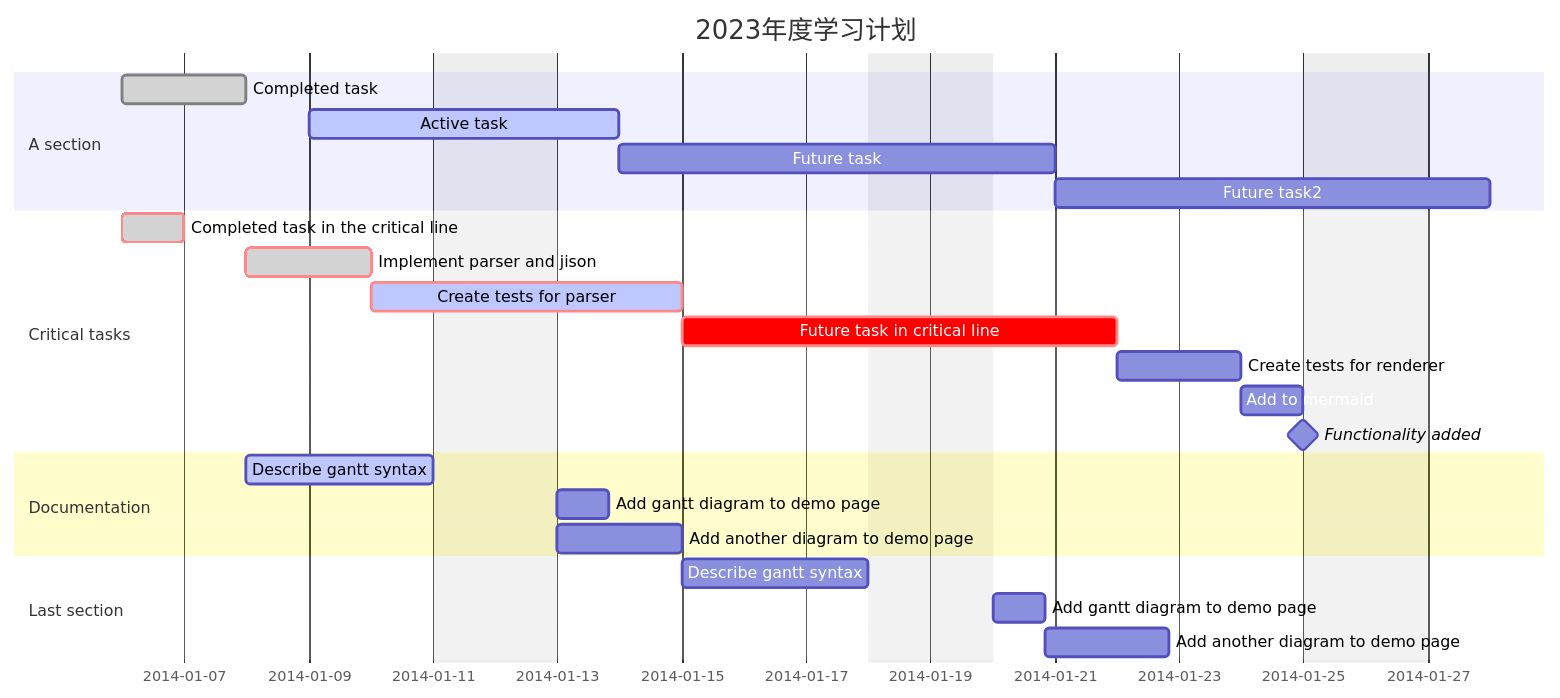
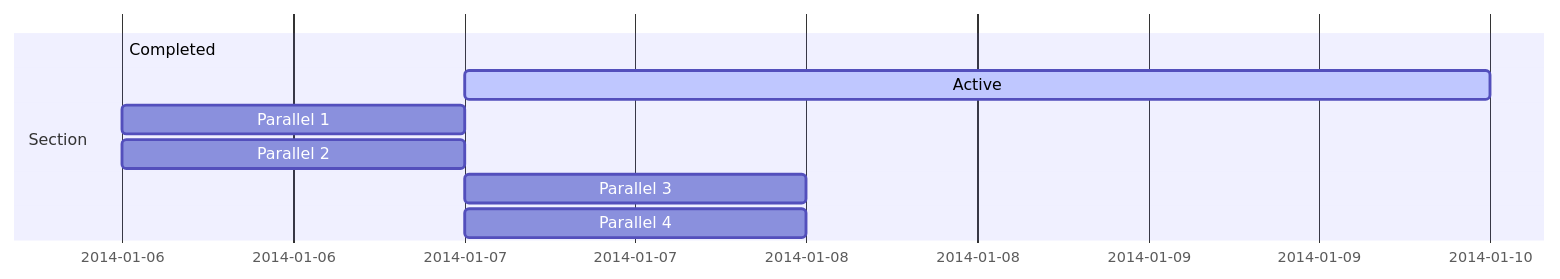
Before and after one commit to ilikui/NotesBook: the diagram in src/计划管理/001TODO.md, drawn with Mermaid. The commit also changed 4 other files, not shown here.

```diff
--- a/src/计划管理/001TODO.md
+++ b/src/计划管理/001TODO.md
@@ -16,32 +16,10 @@
     <div  class="mermaid">
-        gantt
-            dateFormat  YYYY-MM-DD
-            title       2023年度学习计划
-            excludes    weekends
-            %% (`excludes` accepts specific dates in YYYY-MM-DD format, days of the week ("sunday") or "weekends", but not the word "weekdays".)
-
-            section A section
-            Completed task            :done,    des1, 2014-01-06,2014-01-08
-            Active task               :active,  des2, 2014-01-09, 3d
-            Future task               :         des3, after des2, 5d
-            Future task2              :         des4, after des3, 5d
-
-            section Critical tasks
-            Completed task in the critical line :crit, done, 2014-01-06,24h
-            Implement parser and jison          :crit, done, after des1, 2d
-            Create tests for parser             :crit, active, 3d
-            Future task in critical line        :crit, 5d
-            Create tests for renderer           :2d
-            Add to mermaid                      :1d
-            Functionality added                 :milestone, 2014-01-25, 0d
-
-            section Documentation
-            Describe gantt syntax               :active, a1, after des1, 3d
-            Add gantt diagram to demo page      :after a1  , 20h
-            Add another diagram to demo page    :doc1, after a1  , 48h
-
-            section Last section
-            Describe gantt syntax               :after doc1, 3d
-            Add gantt diagram to demo page      :20h
-            Add another diagram to demo page    :48h
+      gantt
+          section Section
+          Completed :done,    des1, 2014-01-06,2014-01-08
+          Active        :active,  des2, 2014-01-07, 3d
+          Parallel 1   :         des3, after des1, 1d
+          Parallel 2   :         des4, after des1, 1d
+          Parallel 3   :         des5, after des3, 1d
+    Parallel 4   :         des6, after des4, 1d
    </div>
```
